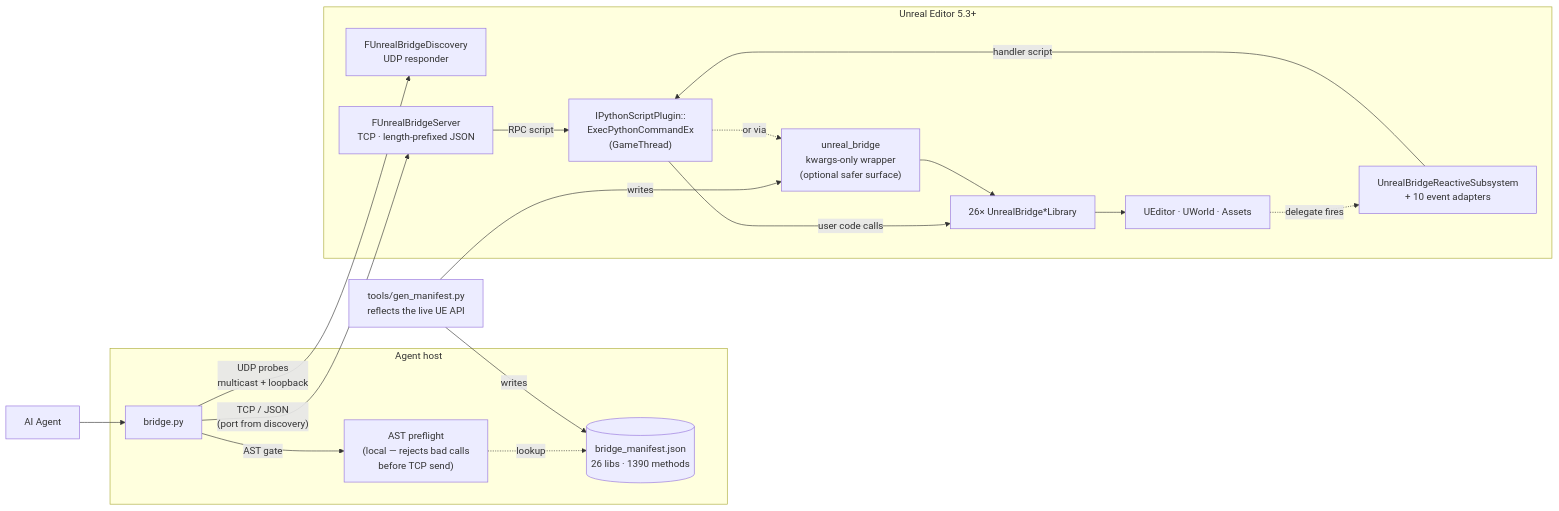
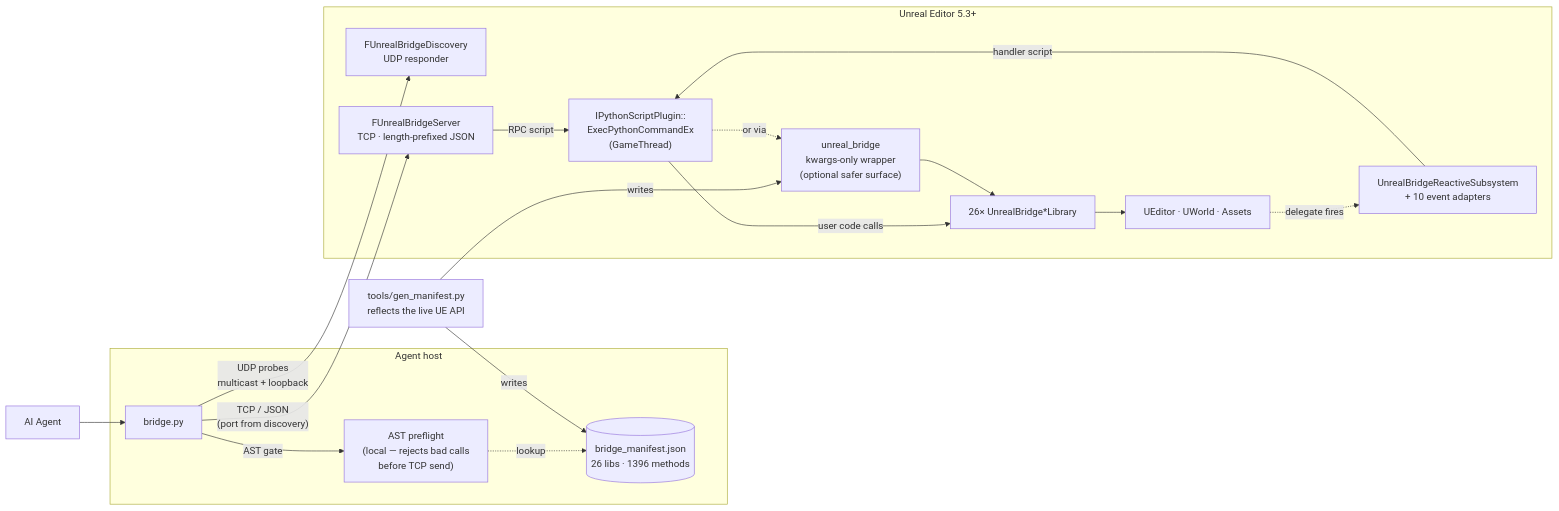
Before and after one commit to OnlyDescribe/UnrealBridge: the diagram in README.md, drawn with Mermaid. The commit also changed other lines of this file and 11 other files, not shown here.

````diff
--- a/README.md
+++ b/README.md
@@ -43,40 +43,40 @@
 ```mermaid
 flowchart LR
     Agent["AI Agent"]
 
     subgraph Host["Agent host"]
       CLI["bridge.py"]
       Pre["AST preflight<br/>(local — rejects bad calls<br/>before TCP send)"]
-      Mani[("bridge_manifest.json<br/>26 libs · 1390 methods")]
+      Mani[("bridge_manifest.json<br/>26 libs · 1396 methods")]
     end
 
     Gen["tools/gen_manifest.py<br/>reflects the live UE API"]
 
     subgraph UE["Unreal Editor 5.3+"]
       Disc["FUnrealBridgeDiscovery<br/>UDP responder"]
       Server["FUnrealBridgeServer<br/>TCP · length-prefixed JSON"]
       Reactive["UnrealBridgeReactiveSubsystem<br/>+ 10 event adapters"]
       Exec["IPythonScriptPlugin::<br/>ExecPythonCommandEx<br/>(GameThread)"]
       Wrap["unreal_bridge<br/>kwargs-only wrapper<br/>(optional safer surface)"]
       Libs["26× UnrealBridge*Library"]
       Engine["UEditor · UWorld · Assets"]
     end
 
     Agent --> CLI
     CLI -- "AST gate" --> Pre
     Pre -. "lookup" .-> Mani
 
     Gen -- "writes" --> Mani
     Gen -- "writes" --> Wrap
 
     CLI -- "UDP probes<br/>multicast + loopback" --> Disc
     CLI -- "TCP / JSON<br/>(port from discovery)" --> Server
     Server -- "RPC script" --> Exec
     Engine -. "delegate fires" .-> Reactive
     Reactive -- "handler script" --> Exec
 
     Exec -- "user code calls" --> Libs
     Exec -. "or via" .-> Wrap
     Wrap --> Libs
     Libs --> Engine
 ```
````
